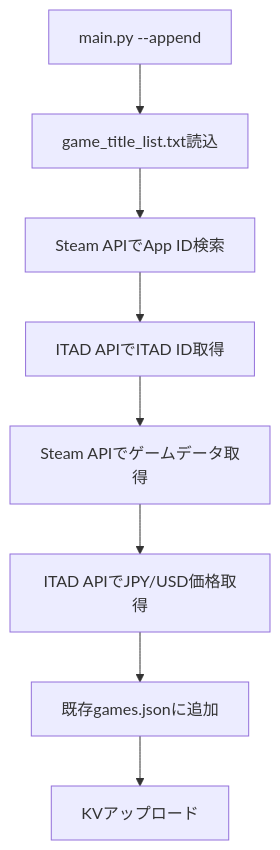
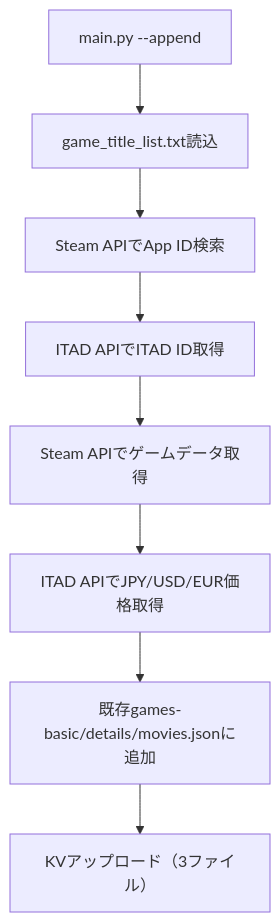
Before and after one commit to vibecoder-lab/game-seeker-vault: the second of 6 diagrams in docs/BATCH_PROCESSING.md, drawn with Mermaid. The commit also changed other lines of this file and 12 other files, not shown here.

````diff
--- a/docs/BATCH_PROCESSING.md
+++ b/docs/BATCH_PROCESSING.md
@@ -162,10 +162,10 @@
 ```mermaid
 graph TD
     A[main.py --append] --> B[game_title_list.txt読込]
     B --> C[Steam APIでApp ID検索]
     C --> D[ITAD APIでITAD ID取得]
     D --> E[Steam APIでゲームデータ取得]
-    E --> F[ITAD APIでJPY/USD価格取得]
-    F --> G[既存games.jsonに追加]
-    G --> H[KVアップロード]
+    E --> F[ITAD APIでJPY/USD/EUR価格取得]
+    F --> G[既存games-basic/details/movies.jsonに追加]
+    G --> H[KVアップロード（3ファイル）]
 ```
````
